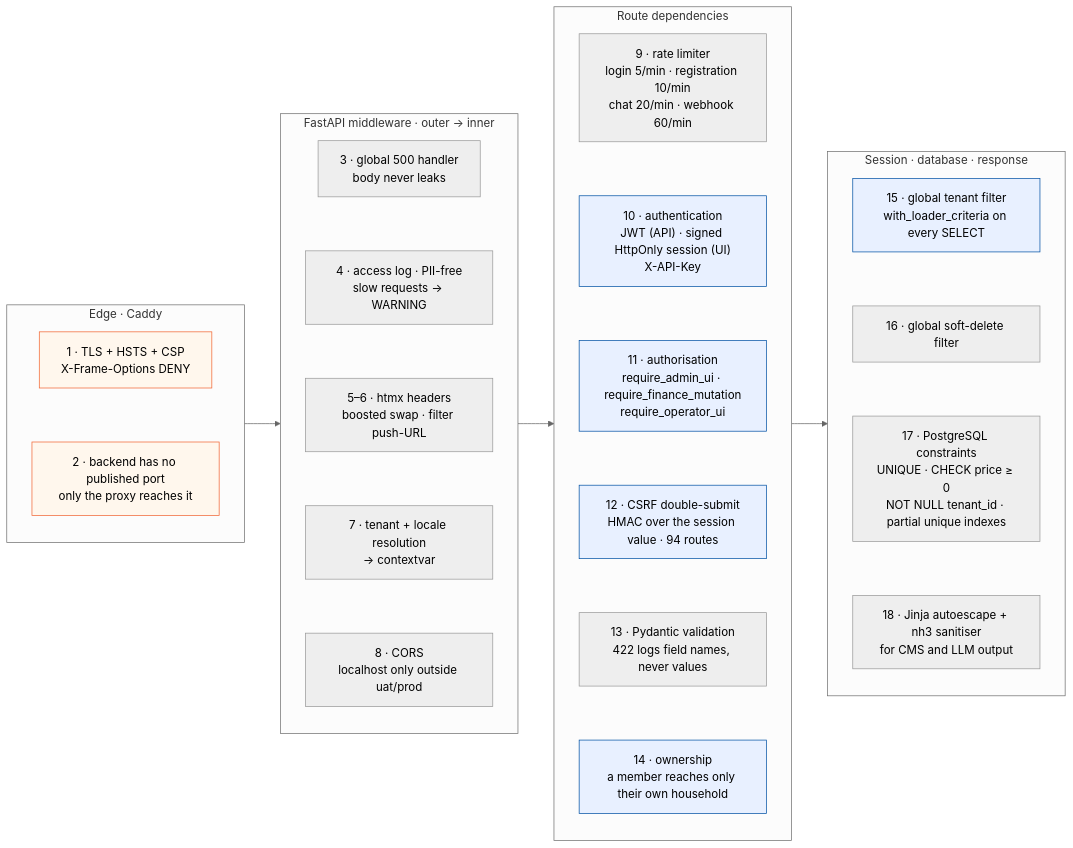
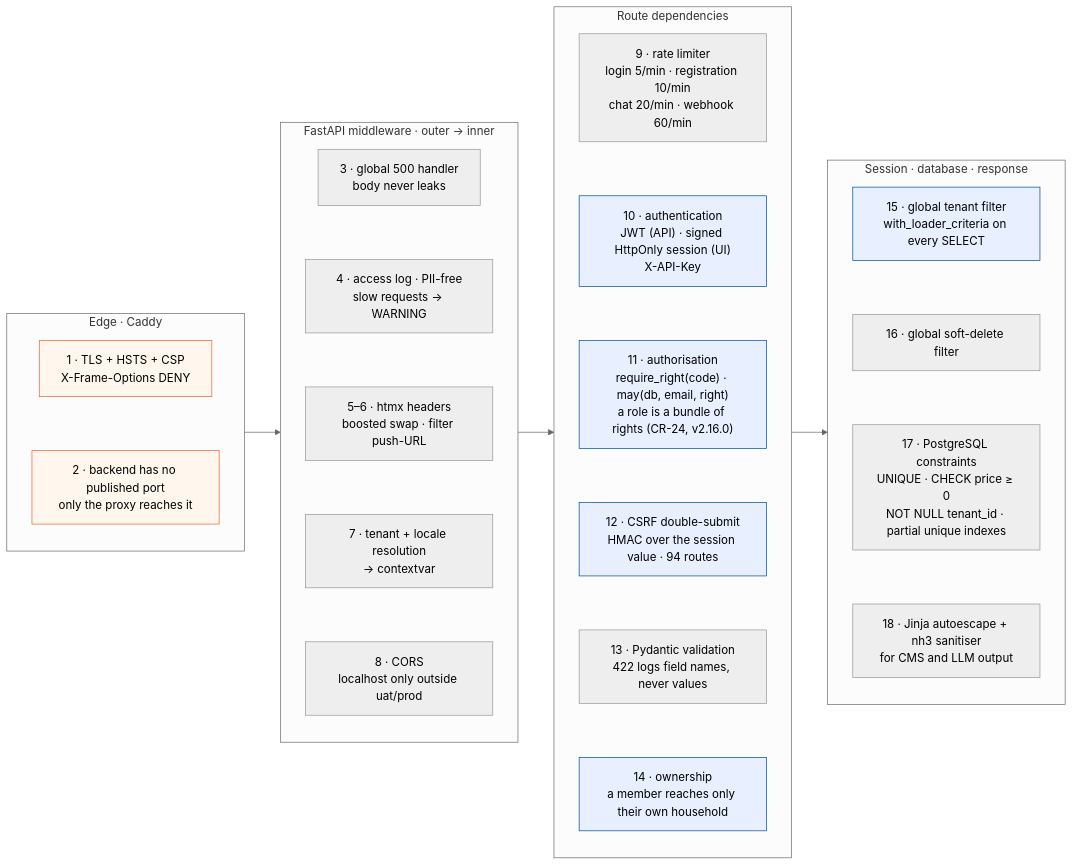
One commit to KoenRenders/KoenTest changed the sixth of 14 diagrams in docs/architecture.md. Above: the diagram before and after it, drawn with Mermaid (neutral theme). The commit also changed other lines of this file and 6 other files, not shown here.

````diff
--- a/docs/architecture.md
+++ b/docs/architecture.md
@@ -322,41 +324,41 @@
 ```mermaid
 flowchart LR
   subgraph EDGE["Edge · Caddy"]
     direction TB
     G1["1 · TLS + HSTS + CSP<br/>X-Frame-Options DENY"]
     G2["2 · backend has no published port<br/>only the proxy reaches it"]
     G1 ~~~ G2
   end
   subgraph MW["FastAPI middleware · outer → inner"]
     direction TB
     G3["3 · global 500 handler<br/>body never leaks"]
     G4["4 · access log · PII-free<br/>slow requests → WARNING"]
     G5["5–6 · htmx headers<br/>boosted swap · filter push-URL"]
     G7["7 · tenant + locale resolution<br/>→ contextvar"]
     G8["8 · CORS<br/>localhost only outside uat/prod"]
     G3 ~~~ G4 ~~~ G5 ~~~ G7 ~~~ G8
   end
   subgraph ROUTE["Route dependencies"]
     direction TB
     G9["9 · rate limiter<br/>login 5/min · registration 10/min<br/>chat 20/min · webhook 60/min"]
     G10["10 · authentication<br/>JWT (API) · signed HttpOnly session (UI)<br/>X-API-Key"]
-    G11["11 · authorisation<br/>require_admin_ui · require_finance_mutation<br/>require_operator_ui"]
+    G11["11 · authorisation<br/>require_right(code) · may(db, email, right)<br/>a role is a bundle of rights (CR-24, v2.16.0)"]
     G12["12 · CSRF double-submit<br/>HMAC over the session value · 94 routes"]
     G13["13 · Pydantic validation<br/>422 logs field names, never values"]
     G14["14 · ownership<br/>a member reaches only their own household"]
     G9 ~~~ G10 ~~~ G11 ~~~ G12 ~~~ G13 ~~~ G14
   end
   subgraph DATA["Session · database · response"]
     direction TB
     G15["15 · global tenant filter<br/>with_loader_criteria on every SELECT"]
     G16["16 · global soft-delete filter"]
     G17["17 · PostgreSQL constraints<br/>UNIQUE · CHECK price ≥ 0<br/>NOT NULL tenant_id · partial unique indexes"]
     G18["18 · Jinja autoescape + nh3 sanitiser<br/>for CMS and LLM output"]
     G15 ~~~ G16 ~~~ G17 ~~~ G18
   end
   EDGE --> MW --> ROUTE --> DATA
   classDef e fill:#fff7ed,stroke:#f16532;
   classDef s fill:#e8f0ff,stroke:#0051a4;
   class G1,G2 e
   class G10,G11,G12,G14,G15 s
 ```
````
